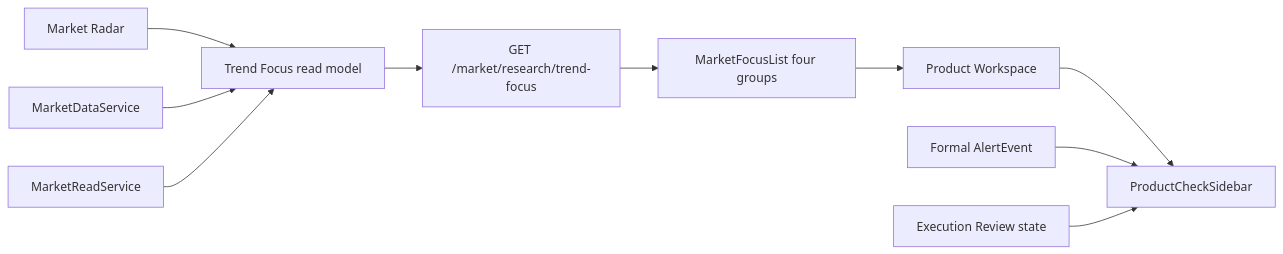
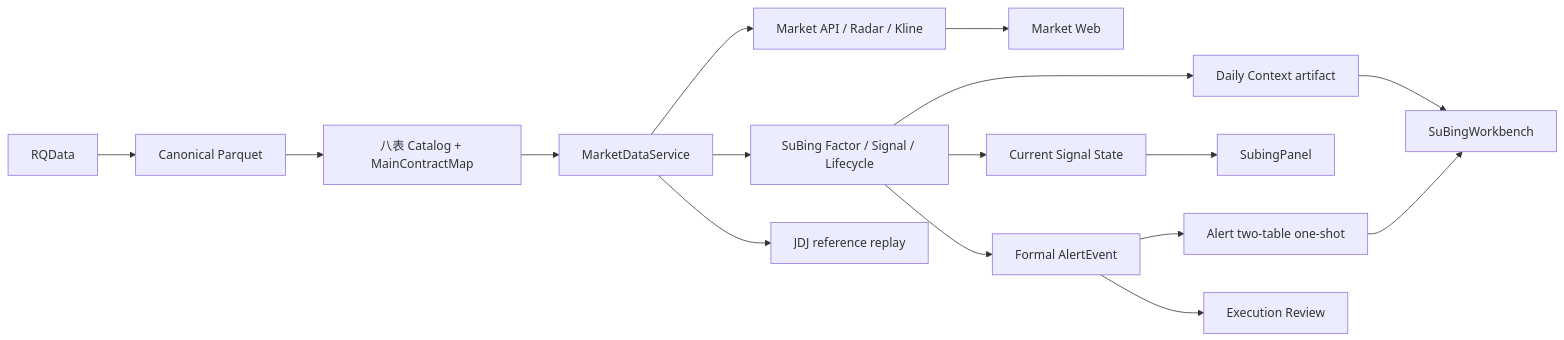
One commit to firehell/guiyi-quant-workstation changed the diagram in docs/ARCHITECTURE.md. Above: the diagram before and after it, drawn with Mermaid. The commit also changed other lines of this file and 20 other files, not shown here.

Commit message:
docs: reconcile architecture convergence v1

````diff
--- a/docs/ARCHITECTURE.md
+++ b/docs/ARCHITECTURE.md
@@ -264,12 +5,18 @@
 ```mermaid
 flowchart LR
-    RADAR[Market Radar] --> TF[Trend Focus read model]
-    MDS[MarketDataService] --> TF
-    MR[MarketReadService] --> TF
-    TF --> API[GET /market/research/trend-focus]
-    API --> FOCUS[MarketFocusList four groups]
-    FOCUS --> CHART[Product Workspace]
-    CHART --> CHECK[ProductCheckSidebar]
-    ALERT[Formal AlertEvent] --> CHECK
-    ER[Execution Review state] --> CHECK
+  RQData --> Canonical[Canonical Parquet]
+  Canonical --> Catalog[八表 Catalog + MainContractMap]
+  Catalog --> MDS[MarketDataService]
+  MDS --> Market[Market API / Radar / Kline]
+  MDS --> SuBing[SuBing Factor / Signal / Lifecycle]
+  MDS --> JDJ[JDJ reference replay]
+  SuBing --> Daily[Daily Context artifact]
+  SuBing --> Current[Current Signal State]
+  SuBing --> Event[Formal AlertEvent]
+  Event --> Alert[Alert two-table one-shot]
+  Event --> Review[Execution Review]
+  Market --> Web[Market Web]
+  Daily --> Workbench[SuBingWorkbench]
+  Current --> Panel[SubingPanel]
+  Alert --> Workbench
 ```
````
